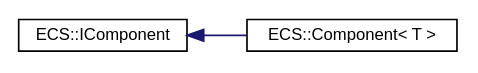
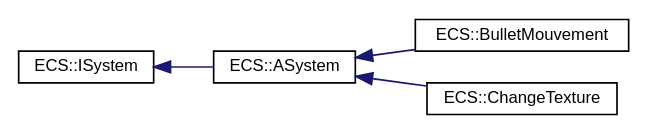
Before and after one commit to TerryMazzoni/RTypeMirror: the diagram in inherit_graph_21.dot, drawn with Graphviz. The commit also changed 140 other files, not shown here.

```diff
--- a/inherit_graph_21.dot
+++ b/inherit_graph_21.dot
@@ -1,10 +1,14 @@
 digraph "Graphical Class Hierarchy"
 {
  // LATEX_PDF_SIZE
   edge [fontname="Helvetica",fontsize="10",labelfontname="Helvetica",labelfontsize="10"];
   node [fontname="Helvetica",fontsize="10",shape=record];
   rankdir="LR";
-  Node0 [label="ECS::IComponent",height=0.2,width=0.4,color="black", fillcolor="white", style="filled",URL="$classECS_1_1IComponent.html",tooltip=" "];
+  Node0 [label="ECS::ISystem",height=0.2,width=0.4,color="black", fillcolor="white", style="filled",URL="$classECS_1_1ISystem.html",tooltip=" "];
   Node0 -> Node1 [dir="back",color="midnightblue",fontsize="10",style="solid",fontname="Helvetica"];
-  Node1 [label="ECS::Component\< T \>",height=0.2,width=0.4,color="black", fillcolor="white", style="filled",URL="$classECS_1_1Component.html",tooltip=" "];
+  Node1 [label="ECS::ASystem",height=0.2,width=0.4,color="black", fillcolor="white", style="filled",URL="$classECS_1_1ASystem.html",tooltip=" "];
+  Node1 -> Node2 [dir="back",color="midnightblue",fontsize="10",style="solid",fontname="Helvetica"];
+  Node2 [label="ECS::BulletMouvement",height=0.2,width=0.4,color="black", fillcolor="white", style="filled",URL="$classECS_1_1BulletMouvement.html",tooltip=" "];
+  Node1 -> Node3 [dir="back",color="midnightblue",fontsize="10",style="solid",fontname="Helvetica"];
+  Node3 [label="ECS::ChangeTexture",height=0.2,width=0.4,color="black", fillcolor="white", style="filled",URL="$classECS_1_1ChangeTexture.html",tooltip=" "];
 }
```
